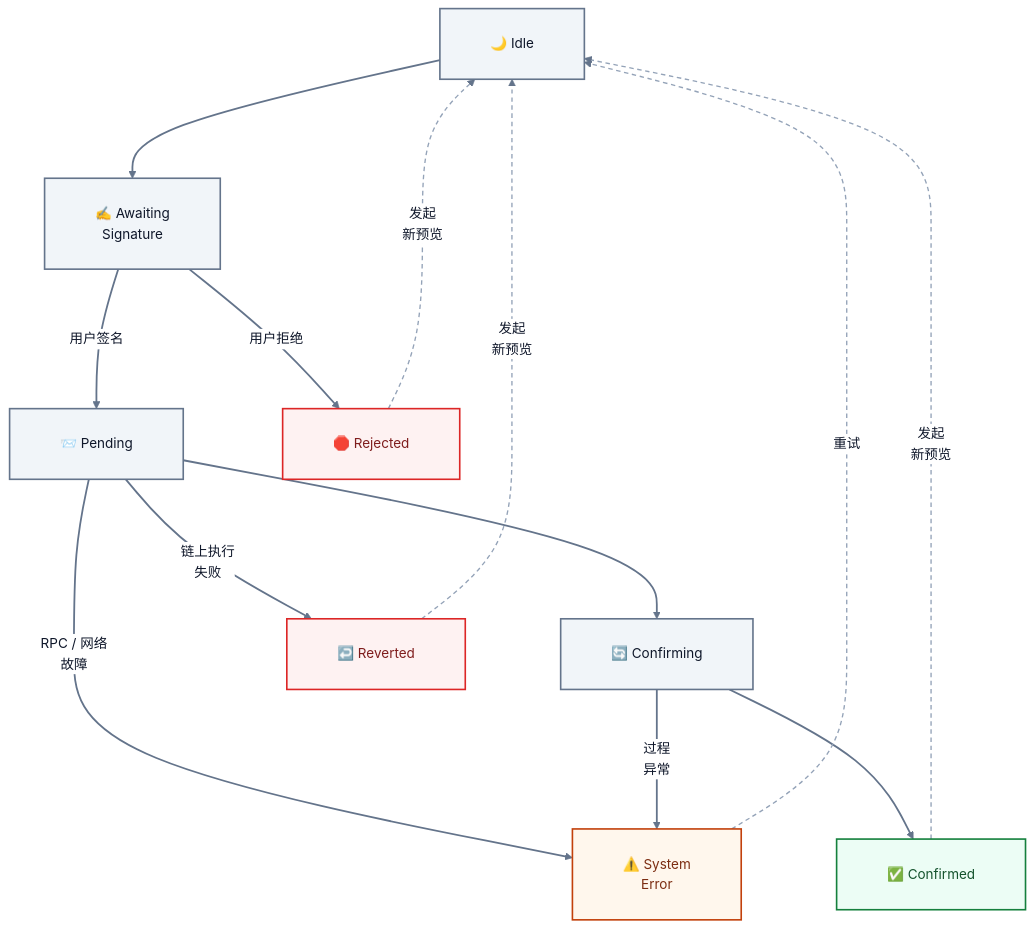
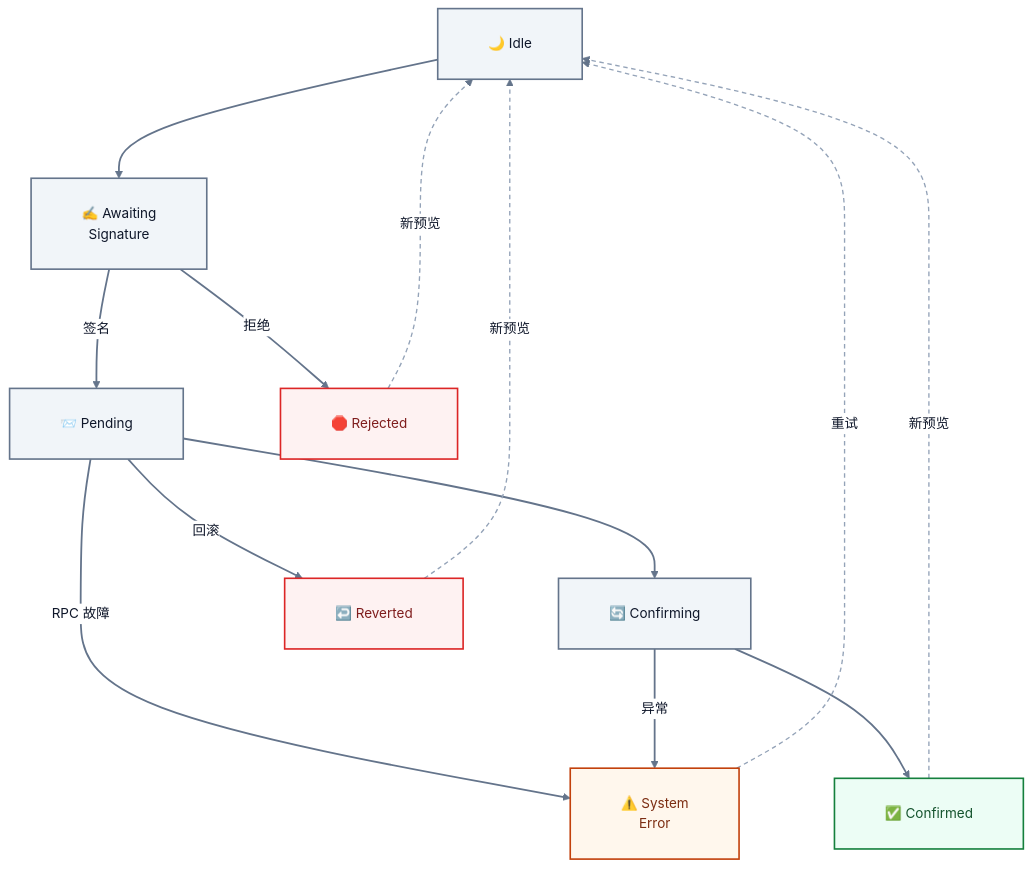
Before and after one commit to sunshineluyao/Moss-Mcp-Transaction: the seventh of 8 diagrams in README.md, drawn with Mermaid. The commit also changed other lines of this file, not shown here.

Commit message:
docs: add Mermaid anti-clipping guidance (EN/ZH)

````diff
--- a/README.md
+++ b/README.md
@@ -722,30 +730,30 @@
 ```mermaid
 %%{init: {'theme':'base','flowchart': {'htmlLabels': true, 'nodeSpacing': 96, 'rankSpacing': 110, 'curve': 'basis', 'padding': 28, 'diagramPadding': 24, 'wrappingWidth': 260},'themeVariables': {'fontFamily':'Inter, Segoe UI, sans-serif','fontSize':'15px','primaryTextColor':'#0f172a','lineColor':'#64748b','clusterBkg':'#f8fafc','clusterBorder':'#cbd5e1','edgeLabelBackground':'#ffffff','primaryBorderColor':'#2563eb','primaryColor':'#eff6ff'}}}%%
 flowchart TB
   Idle["🌙 Idle"] --> Awaiting["✍️ Awaiting<br/>Signature"]
-  Awaiting -->|用户签名| Pending["📨 Pending"]
-  Awaiting -->|用户拒绝| Rejected["🛑 Rejected"]
+  Awaiting -->|签名| Pending["📨 Pending"]
+  Awaiting -->|拒绝| Rejected["🛑 Rejected"]
 
   Pending --> Confirming["🔄 Confirming"]
   Confirming --> Confirmed["✅ Confirmed"]
-  Pending -->|链上执行<br/>失败| Reverted["↩️ Reverted"]
-  Pending -->|RPC / 网络<br/>故障| SystemError["⚠️ System<br/>Error"]
-  Confirming -->|过程<br/>异常| SystemError
+  Pending -->|回滚| Reverted["↩️ Reverted"]
+  Pending -->|RPC 故障| SystemError["⚠️ System<br/>Error"]
+  Confirming -->|异常| SystemError
 
-  Rejected -.->|发起<br/>新预览| Idle
-  Reverted -.->|发起<br/>新预览| Idle
+  Rejected -.->|新预览| Idle
+  Reverted -.->|新预览| Idle
   SystemError -.->|重试| Idle
-  Confirmed -.->|发起<br/>新预览| Idle
+  Confirmed -.->|新预览| Idle
 
   classDef neutral fill:#f1f5f9,stroke:#64748b,stroke-width:1.8px,color:#0f172a;
   classDef success fill:#ecfdf5,stroke:#15803d,stroke-width:1.8px,color:#14532d;
   classDef danger fill:#fef2f2,stroke:#dc2626,stroke-width:1.8px,color:#7f1d1d;
   classDef warn fill:#fff7ed,stroke:#c2410c,stroke-width:1.8px,color:#7c2d12;
 
   class Idle,Awaiting,Pending,Confirming neutral;
   class Confirmed success;
   class Rejected,Reverted danger;
   class SystemError warn;
   linkStyle 8,9,10,11 stroke:#94a3b8,stroke-width:1.5px,stroke-dasharray:5 4;
   linkStyle default stroke:#64748b,stroke-width:2px;
 ```
````
